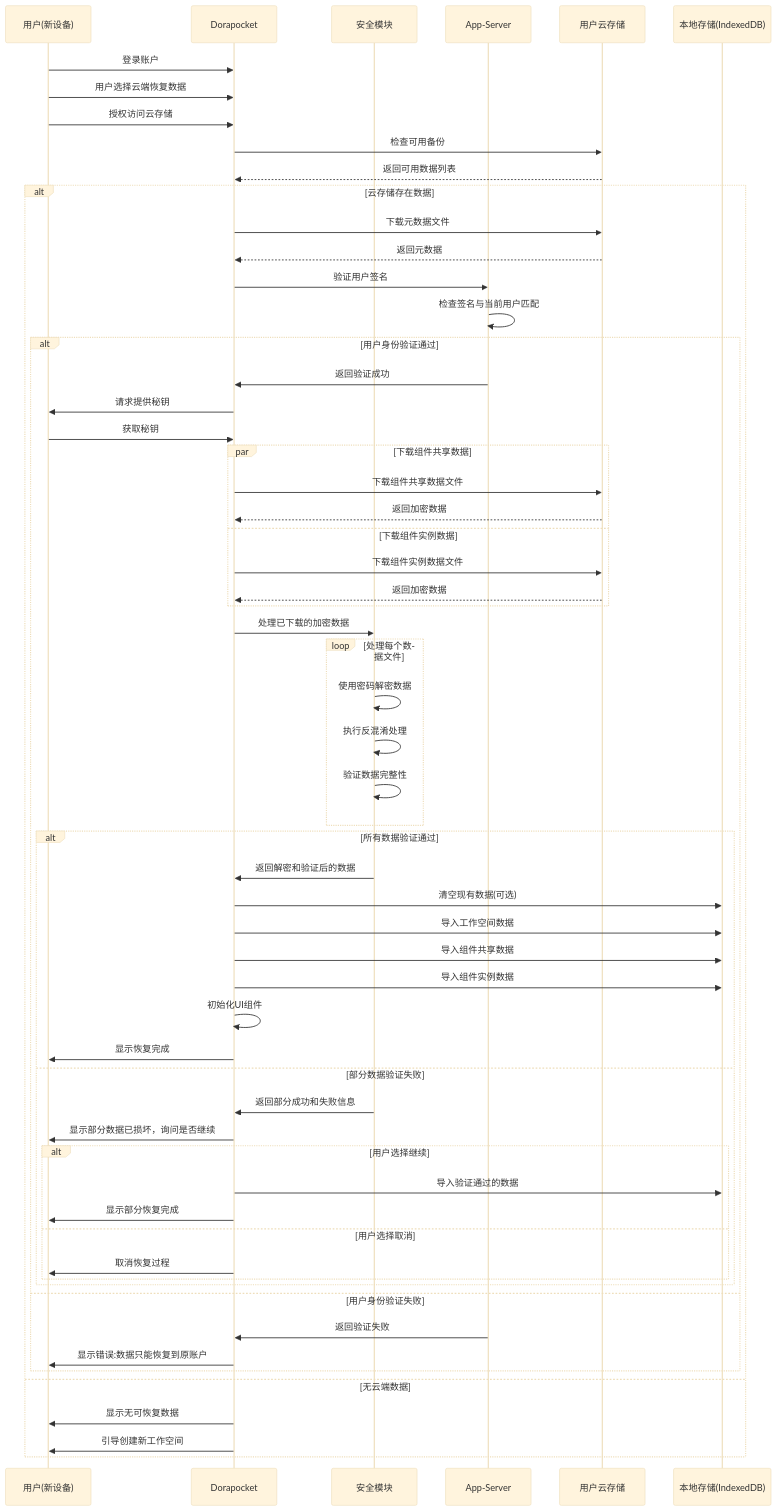
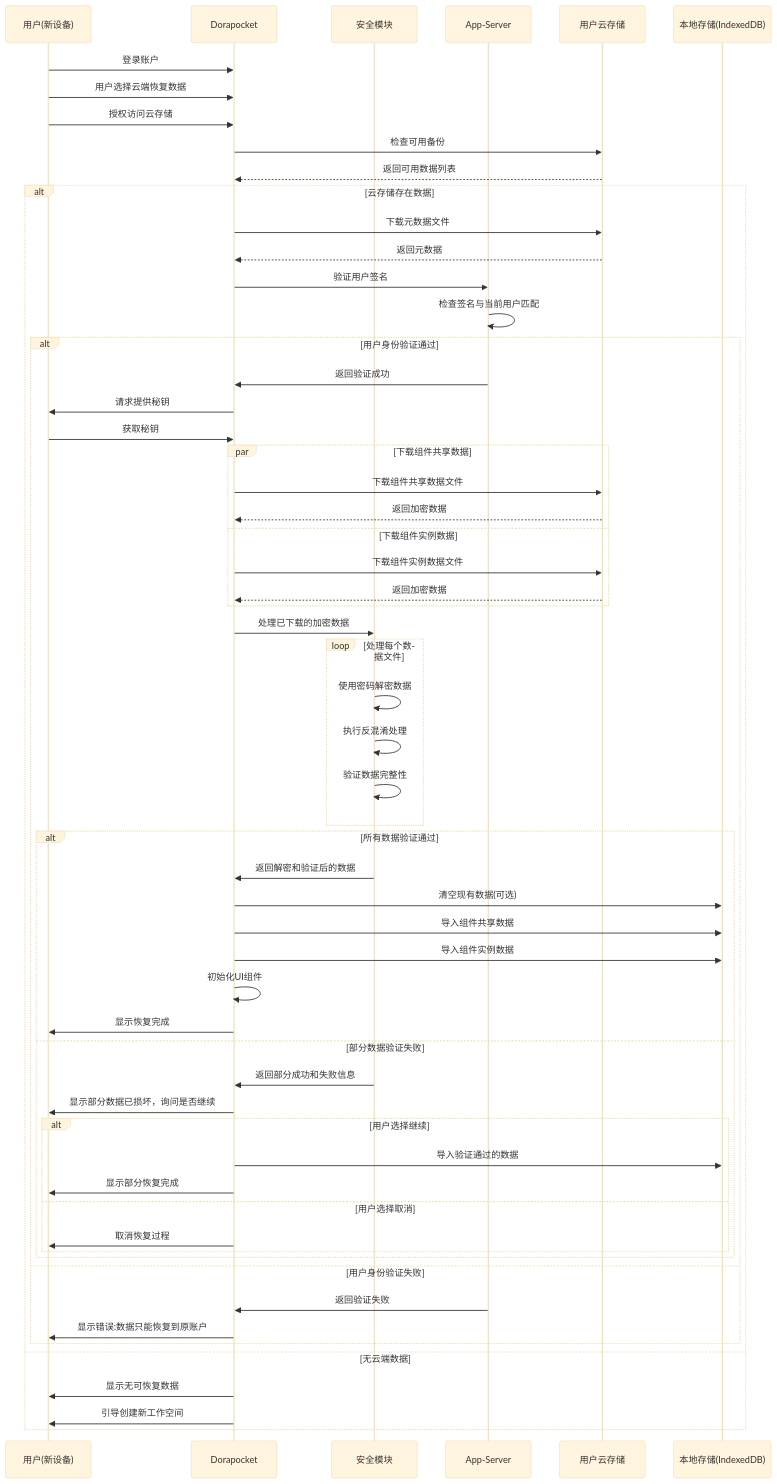
The diagram in all/未命名-34.md (yingjianzh/iodraw-files), drawn with Mermaid (base theme) before and after one commit.

Commit message:
2025-04-17 17:09:04 update

````diff
--- a/all/未命名-34.md
+++ b/all/未命名-34.md
@@ -1,76 +1,75 @@
 ```mermaid
 sequenceDiagram
     participant User as 用户(新设备)
     participant App as Dorapocket
     participant Security as 安全模块
     participant AppServer as App-Server
     participant UserCloud as 用户云存储
     participant LocalDB as 本地存储(IndexedDB)
     
     User->>App: 登录账户
     User->>App: 用户选择云端恢复数据
     User->>App: 授权访问云存储
     
     App->>UserCloud: 检查可用备份
     UserCloud-->>App: 返回可用数据列表
     
     alt 云存储存在数据
         
         App->>UserCloud: 下载元数据文件
         UserCloud-->>App: 返回元数据
         
         App->>AppServer: 验证用户签名
         AppServer->>AppServer: 检查签名与当前用户匹配
         
         alt 用户身份验证通过
             AppServer->>App: 返回验证成功
             
             App->>User: 请求提供秘钥
             User->>App: 获取秘钥
             
             par 下载组件共享数据
                 App->>UserCloud: 下载组件共享数据文件
                 UserCloud-->>App: 返回加密数据
             and 下载组件实例数据
                 App->>UserCloud: 下载组件实例数据文件
                 UserCloud-->>App: 返回加密数据
             end
             
             App->>Security: 处理已下载的加密数据
             loop 处理每个数据文件
                 Security->>Security: 使用密码解密数据
                 Security->>Security: 执行反混淆处理
-                
                 Security->>Security: 验证数据完整性
             end
             
             alt 所有数据验证通过
                 Security->>App: 返回解密和验证后的数据
                 
                 App->>LocalDB: 清空现有数据(可选)
-                App->>LocalDB: 导入工作空间数据
+                
                 App->>LocalDB: 导入组件共享数据
                 App->>LocalDB: 导入组件实例数据
                 
                 App->>App: 初始化UI组件
                 App->>User: 显示恢复完成
             else 部分数据验证失败
                 Security->>App: 返回部分成功和失败信息
                 App->>User: 显示部分数据已损坏，询问是否继续
                 
                 alt 用户选择继续
                     App->>LocalDB: 导入验证通过的数据
                     App->>User: 显示部分恢复完成
                 else 用户选择取消
                     App->>User: 取消恢复过程
                 end
             end
         else 用户身份验证失败
             AppServer->>App: 返回验证失败
             App->>User: 显示错误:数据只能恢复到原账户
         end
     else 无云端数据
         App->>User: 显示无可恢复数据
         App->>User: 引导创建新工作空间
     end
 ```
````
